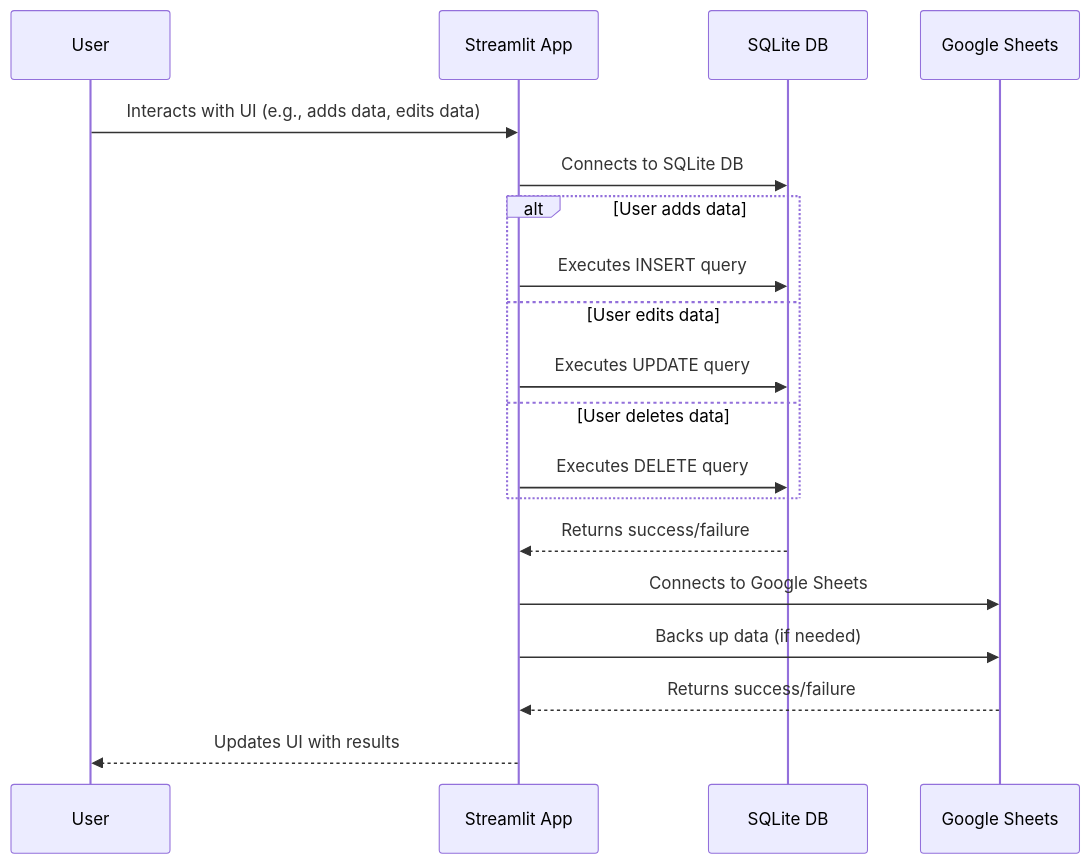
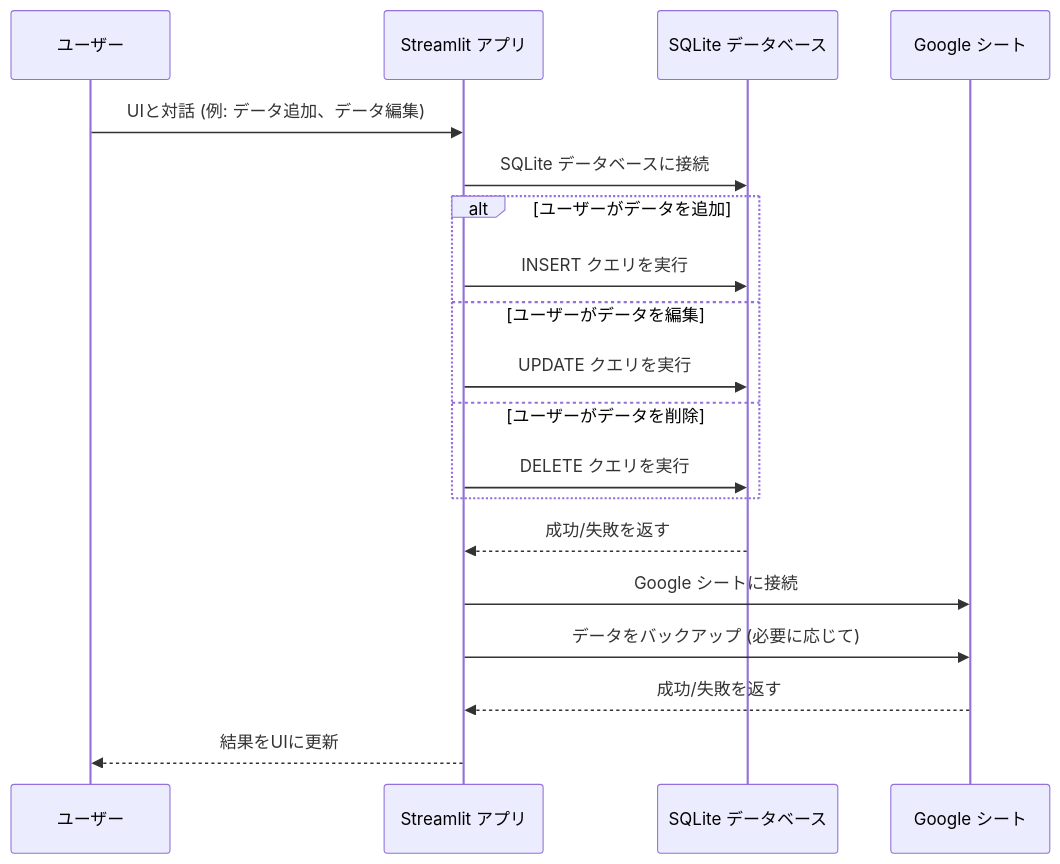
Before and after one commit to Taigairisa/streamlit: the diagram in db_test_sequence_diagram.md, drawn with Mermaid. The commit also changed 3 other files, not shown here.

````diff
--- a/db_test_sequence_diagram.md
+++ b/db_test_sequence_diagram.md
@@ -1,22 +1,22 @@
 ```mermaid
 sequenceDiagram
-    participant User
-    participant Streamlit App
-    participant SQLite DB
-    participant Google Sheets
+    participant ユーザー
+    participant Streamlit アプリ
+    participant SQLite データベース
+    participant Google シート
 
-    User->>Streamlit App: Interacts with UI (e.g., adds data, edits data)
-    Streamlit App->>SQLite DB: Connects to SQLite DB
-    alt User adds data
-        Streamlit App->>SQLite DB: Executes INSERT query
-    else User edits data
-        Streamlit App->>SQLite DB: Executes UPDATE query
-    else User deletes data
-        Streamlit App->>SQLite DB: Executes DELETE query
+    ユーザー->>Streamlit アプリ: UIと対話 (例: データ追加、データ編集)
+    Streamlit アプリ->>SQLite データベース: SQLite データベースに接続
+    alt ユーザーがデータを追加
+        Streamlit アプリ->>SQLite データベース: INSERT クエリを実行
+    else ユーザーがデータを編集
+        Streamlit アプリ->>SQLite データベース: UPDATE クエリを実行
+    else ユーザーがデータを削除
+        Streamlit アプリ->>SQLite データベース: DELETE クエリを実行
     end
-    SQLite DB-->>Streamlit App: Returns success/failure
-    Streamlit App->>Google Sheets: Connects to Google Sheets
-    Streamlit App->>Google Sheets: Backs up data (if needed)
-    Google Sheets-->>Streamlit App: Returns success/failure
-    Streamlit App-->>User: Updates UI with results
+    SQLite データベース-->>Streamlit アプリ: 成功/失敗を返す
+    Streamlit アプリ->>Google シート: Google シートに接続
+    Streamlit アプリ->>Google シート: データをバックアップ (必要に応じて)
+    Google シート-->>Streamlit アプリ: 成功/失敗を返す
+    Streamlit アプリ-->>ユーザー: 結果をUIに更新
 ```
````
